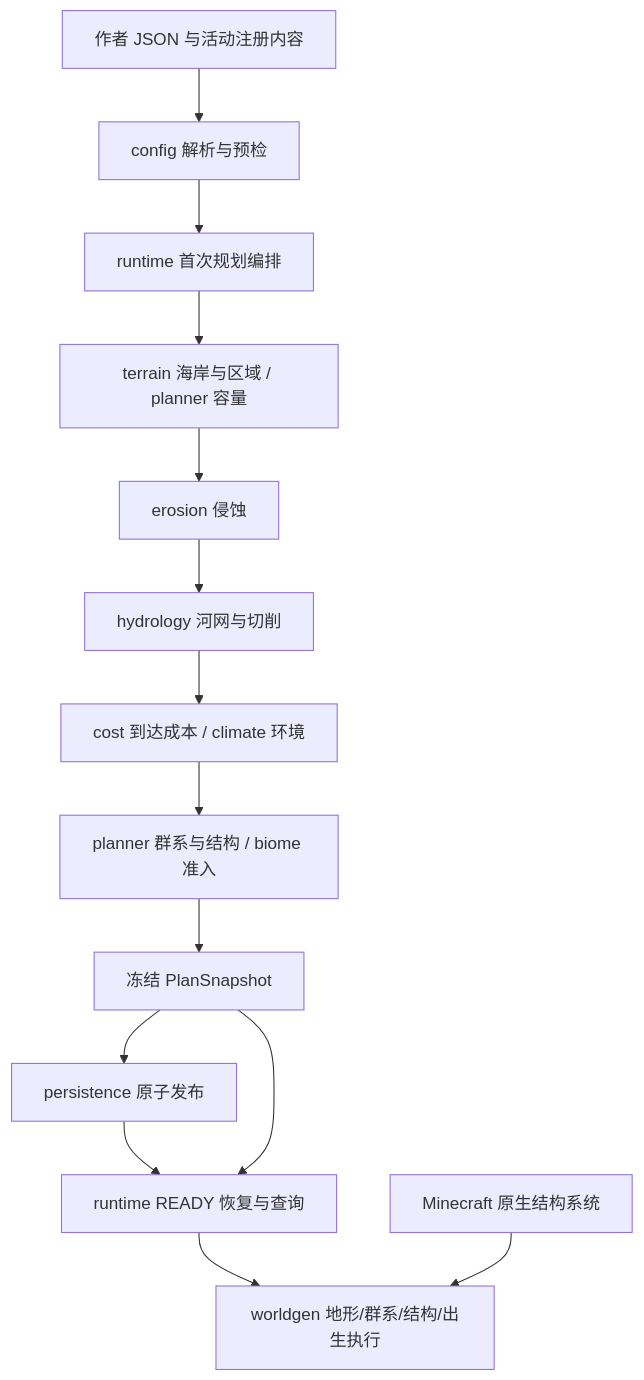
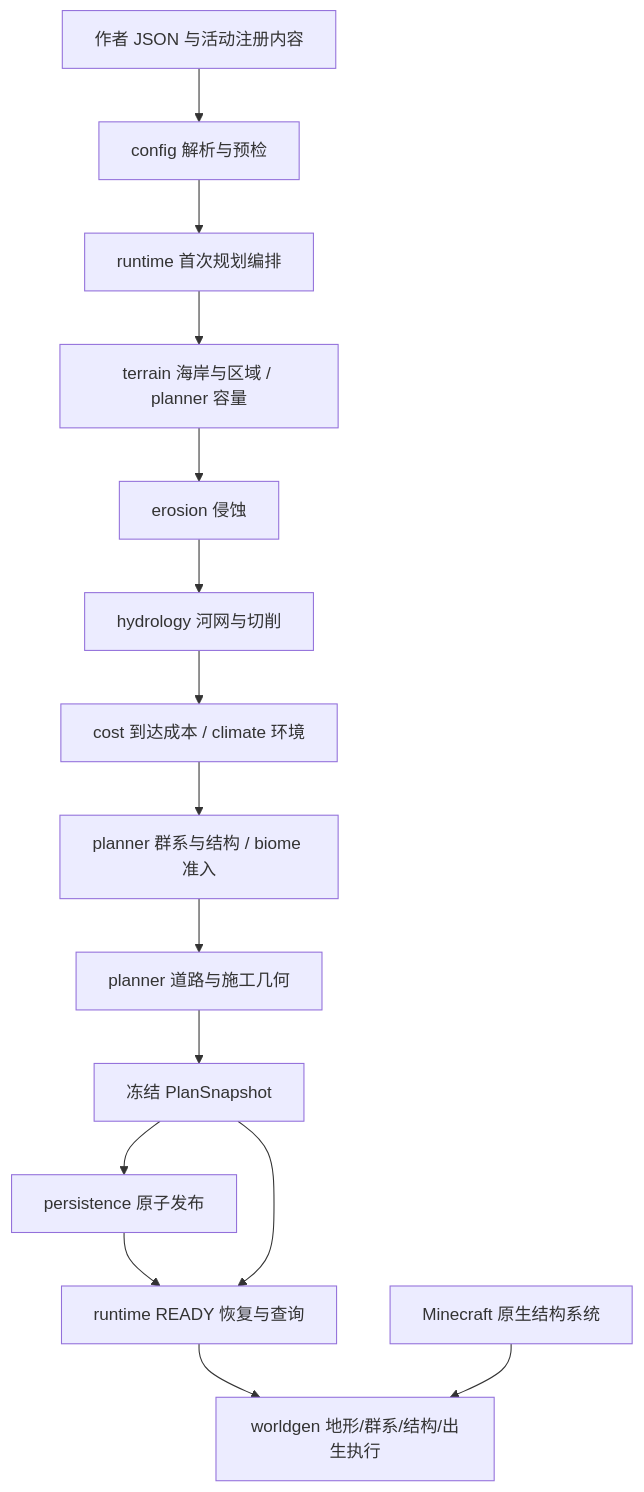
The first of 2 diagrams in docs/architecture/overview.md (SuperUnom/AdventureWorldGen), drawn with Mermaid before and after one commit. The commit also changed other lines of this file and 65 other files, not shown here.

````diff
--- a/docs/architecture/overview.md
+++ b/docs/architecture/overview.md
@@ -13,16 +13,17 @@
 ```mermaid
 flowchart TD
     A[作者 JSON 与活动注册内容] --> B[config 解析与预检]
     B --> C[runtime 首次规划编排]
     C --> D[terrain 海岸与区域 / planner 容量]
     D --> E[erosion 侵蚀]
     E --> F[hydrology 河网与切削]
     F --> G[cost 到达成本 / climate 环境]
     G --> H[planner 群系与结构 / biome 准入]
-    H --> I[冻结 PlanSnapshot]
+    H --> R[planner 道路与施工几何]
+    R --> I[冻结 PlanSnapshot]
     I --> J[persistence 原子发布]
     J --> K[runtime READY 恢复与查询]
     I --> K
     K --> L[worldgen 地形/群系/结构/出生执行]
     M[Minecraft 原生结构系统] --> L
 ```
````
